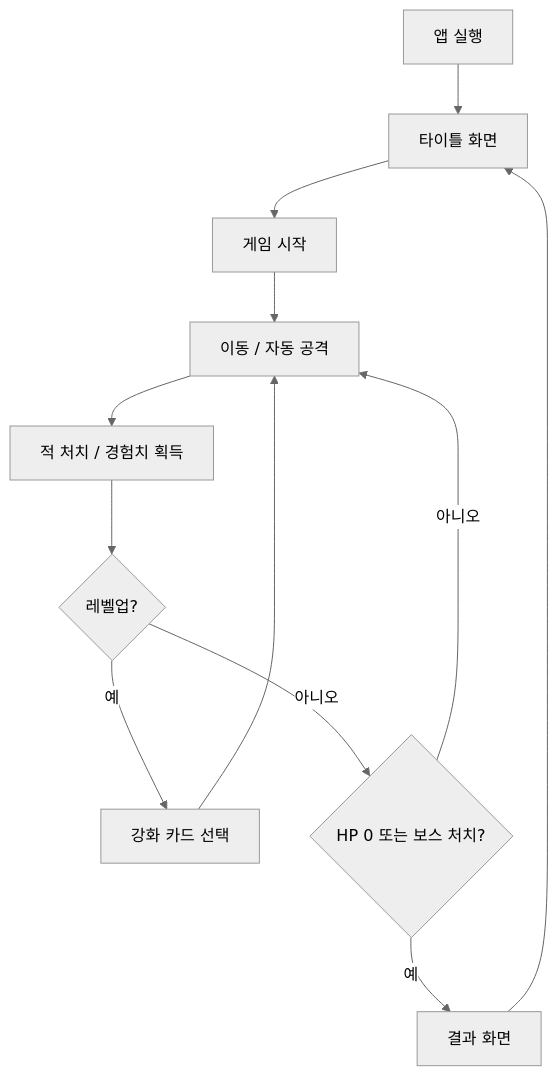
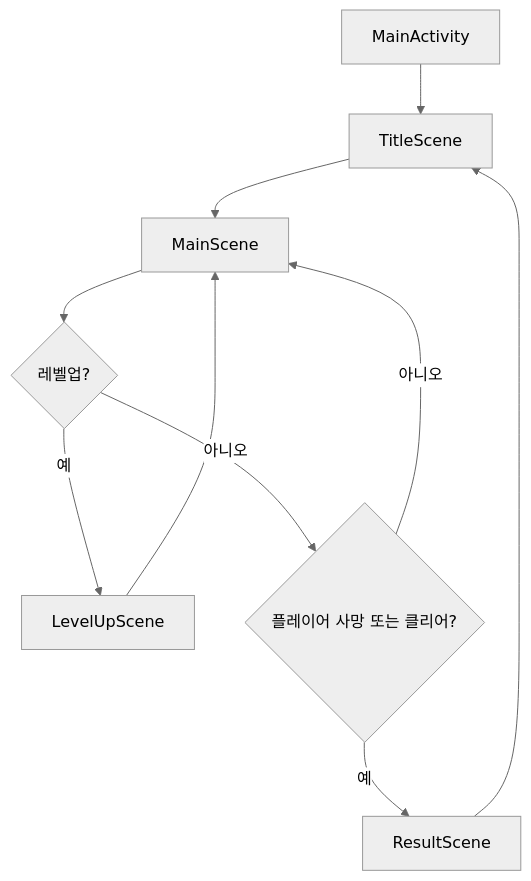
The diagram in README.md (boowerk/SmartPhoneGamePrograming_TermProject), drawn with Mermaid (neutral theme) before and after one commit. The commit also changed other lines of this file, not shown here.

````diff
--- a/README.md
+++ b/README.md
@@ -64,14 +122,12 @@
 ```mermaid
 flowchart TD
-    A["앱 실행"] --> B["타이틀 화면"]
-    B --> C["게임 시작"]
-    C --> D["이동 / 자동 공격"]
-    D --> E["적 처치 / 경험치 획득"]
-    E --> F{"레벨업?"}
-    F -- "예" --> G["강화 카드 선택"]
-    G --> D
-    F -- "아니오" --> H{"HP 0 또는 보스 처치?"}
-    H -- "아니오" --> D
-    H -- "예" --> I["결과 화면"]
-    I --> B
+    A["MainActivity"] --> B["TitleScene"]
+    B --> C["MainScene"]
+    C --> D{"레벨업?"}
+    D -- "예" --> E["LevelUpScene"]
+    E --> C
+    D -- "아니오" --> F{"플레이어 사망 또는 클리어?"}
+    F -- "예" --> G["ResultScene"]
+    F -- "아니오" --> C
+    G --> B
 ```
````
